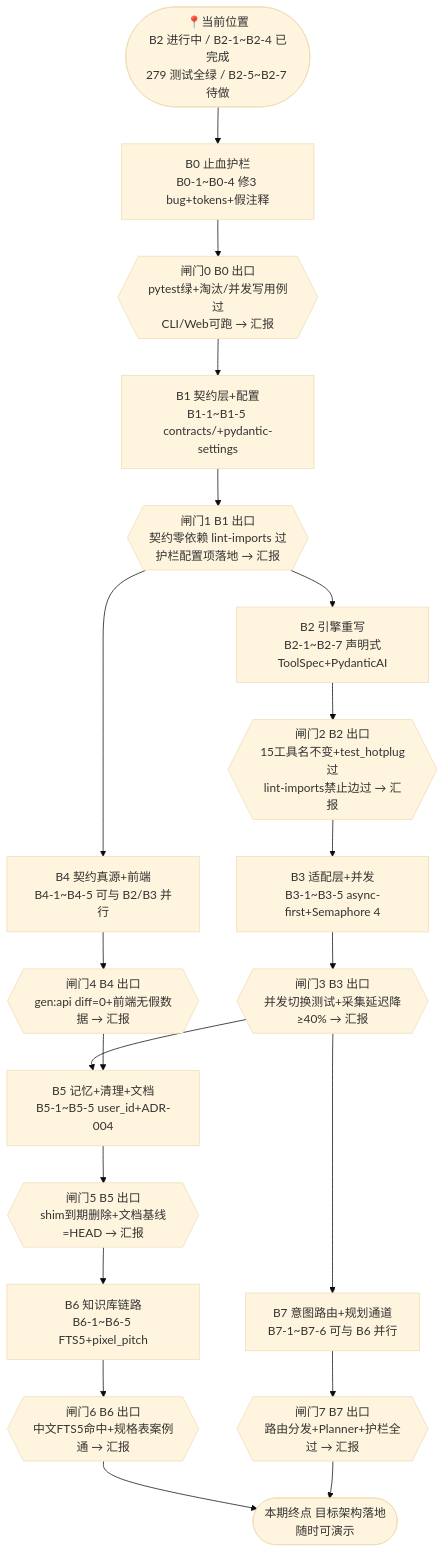
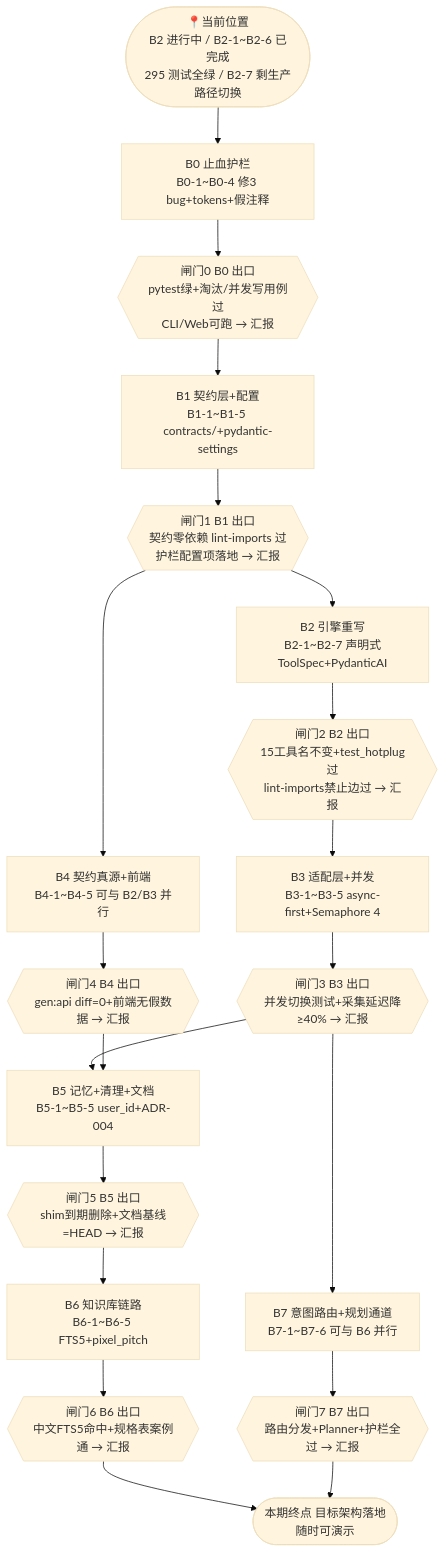
The diagram in docs/codex-longterm-goal.md (North-Q/LightTrail), drawn with Mermaid (base theme) before and after one commit. The commit also changed other lines of this file and 3 other files, not shown here.

````diff
--- a/docs/codex-longterm-goal.md
+++ b/docs/codex-longterm-goal.md
@@ -24,23 +24,23 @@
 ```mermaid
 graph TD
-    S([📍当前位置<br/>B2 进行中 / B2-1~B2-4 已完成<br/>279 测试全绿 / B2-5~B2-7 待做]) --> B0
+    S([📍当前位置<br/>B2 进行中 / B2-1~B2-6 已完成<br/>295 测试全绿 / B2-7 剩生产路径切换]) --> B0
 
     B0[B0 止血护栏<br/>B0-1~B0-4 修3 bug+tokens+假注释] --> G0{{闸门0 B0 出口<br/>pytest绿+淘汰/并发写用例过<br/>CLI/Web可跑 → 汇报}}
     G0 --> B1[B1 契约层+配置<br/>B1-1~B1-5 contracts/+pydantic-settings]
     B1 --> G1{{闸门1 B1 出口<br/>契约零依赖 lint-imports 过<br/>护栏配置项落地 → 汇报}}
     G1 --> B2[B2 引擎重写<br/>B2-1~B2-7 声明式ToolSpec+PydanticAI]
     G1 --> B4[B4 契约真源+前端<br/>B4-1~B4-5 可与 B2/B3 并行]
     B2 --> G2{{闸门2 B2 出口<br/>15工具名不变+test_hotplug过<br/>lint-imports禁止边过 → 汇报}}
     G2 --> B3[B3 适配层+并发<br/>B3-1~B3-5 async-first+Semaphore 4]
     B4 --> G4{{闸门4 B4 出口<br/>gen:api diff=0+前端无假数据 → 汇报}}
     B3 --> G3{{闸门3 B3 出口<br/>并发切换测试+采集延迟降≥40% → 汇报}}
     G3 --> B5[B5 记忆+清理+文档<br/>B5-1~B5-5 user_id+ADR-004]
     G4 --> B5
     B5 --> G5{{闸门5 B5 出口<br/>shim到期删除+文档基线=HEAD → 汇报}}
     G5 --> B6[B6 知识库链路<br/>B6-1~B6-5 FTS5+pixel_pitch]
     G3 --> B7[B7 意图路由+规划通道<br/>B7-1~B7-6 可与 B6 并行]
     B6 --> G6{{闸门6 B6 出口<br/>中文FTS5命中+规格表案例通 → 汇报}}
     B7 --> G7{{闸门7 B7 出口<br/>路由分发+Planner+护栏全过 → 汇报}}
     G6 --> Z([本期终点 目标架构落地<br/>随时可演示])
     G7 --> Z
 ```
````
